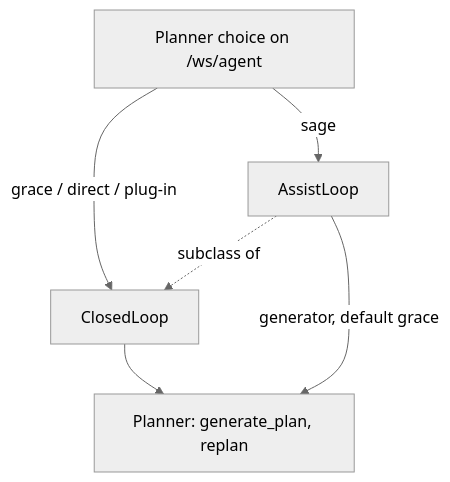
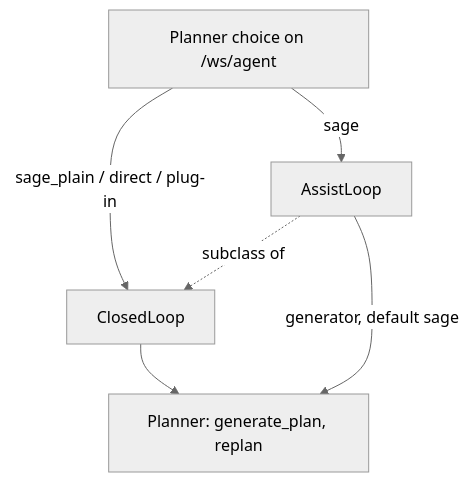
Before and after one commit to mtbui2010/robot_agent: the first of 3 diagrams in website/docs/concepts/planners.md, drawn with Mermaid (neutral theme). The commit also changed other lines of this file and 17 other files, not shown here.

First line of the commit message:
website: GRACE is now SAGE: planner names, bridges, links re-pinned to 5058637 with checked line ranges; benchmark page names the key robot_agent:grace as the benchmark's own

````diff
--- a/website/docs/concepts/planners.md
+++ b/website/docs/concepts/planners.md
@@ -72,8 +73,8 @@
 ```mermaid
 flowchart TB
-    UI[Planner choice on /ws/agent] -->|grace / direct / plug-in| CL[ClosedLoop]
+    UI[Planner choice on /ws/agent] -->|sage_plain / direct / plug-in| CL[ClosedLoop]
     UI -->|sage| AL[AssistLoop]
     CL --> PL[Planner: generate_plan, replan]
-    AL -->|generator, default grace| PL
+    AL -->|generator, default sage| PL
     AL -. subclass of .-> CL
 ```
````
